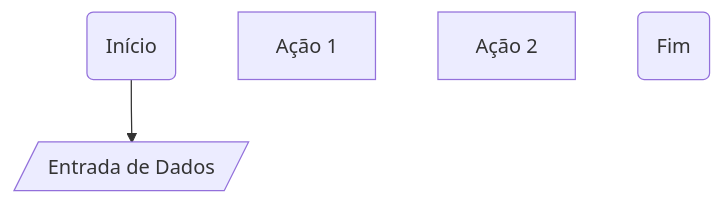
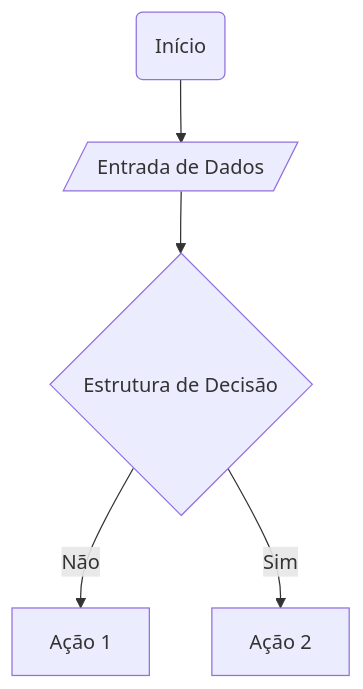
The diagram in Notas de Aula.md (AmilcarJZN/logica_dio), drawn with Mermaid before and after one commit. The commit also changed other lines of this file, not shown here.

Commit message:
Update Notas de Aula.md

````diff
--- a/Notas de Aula.md
+++ b/Notas de Aula.md
@@ -16,10 +17,13 @@
 ```mermaid
 graph TD;
     A(Início);
     B[/Entrada de Dados/];
-    C[Ação 1];
-    D[Ação 2];
-    E(Fim);
+    C{Estrutura de Decisão};
+    D[Ação 1];
+    E[Ação 2];
 A-->B;
+B-->C;
+C--Não -->D;
+C--Sim -->E;
 
 ```
````
